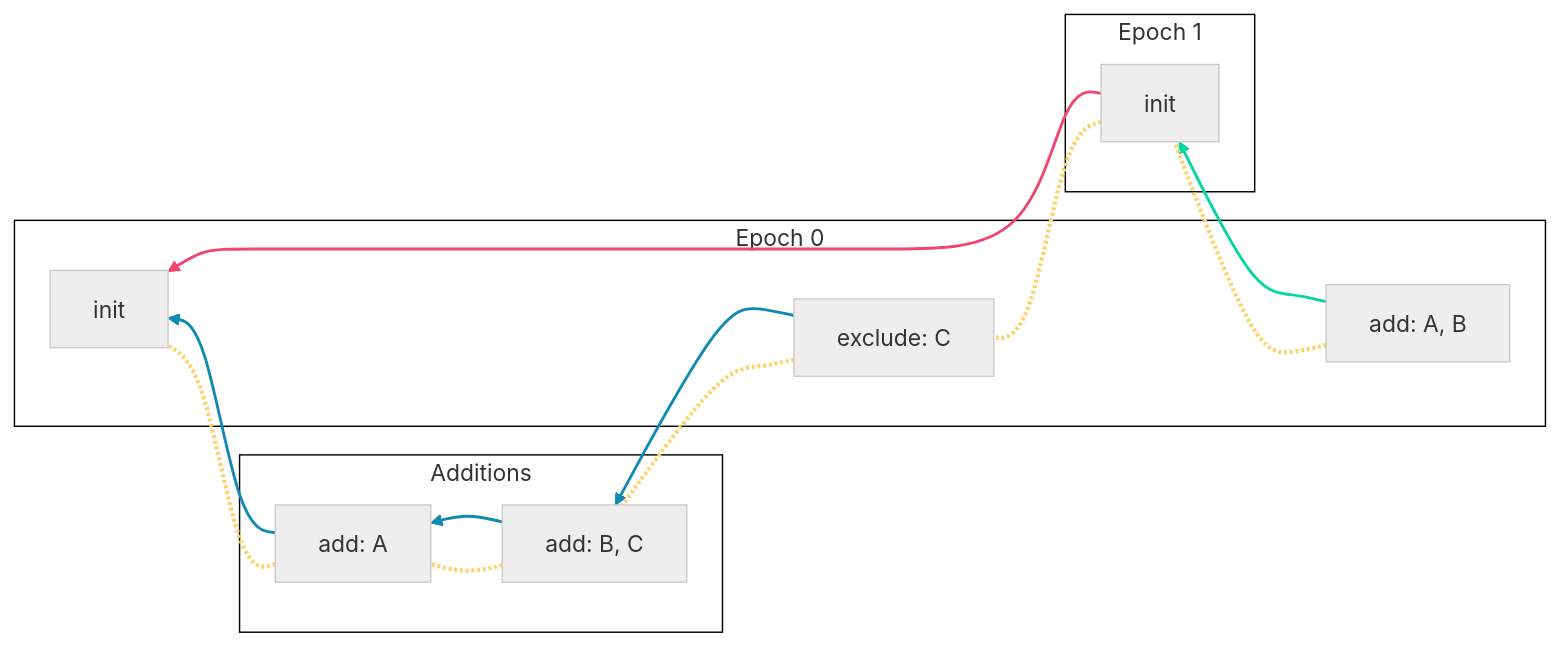
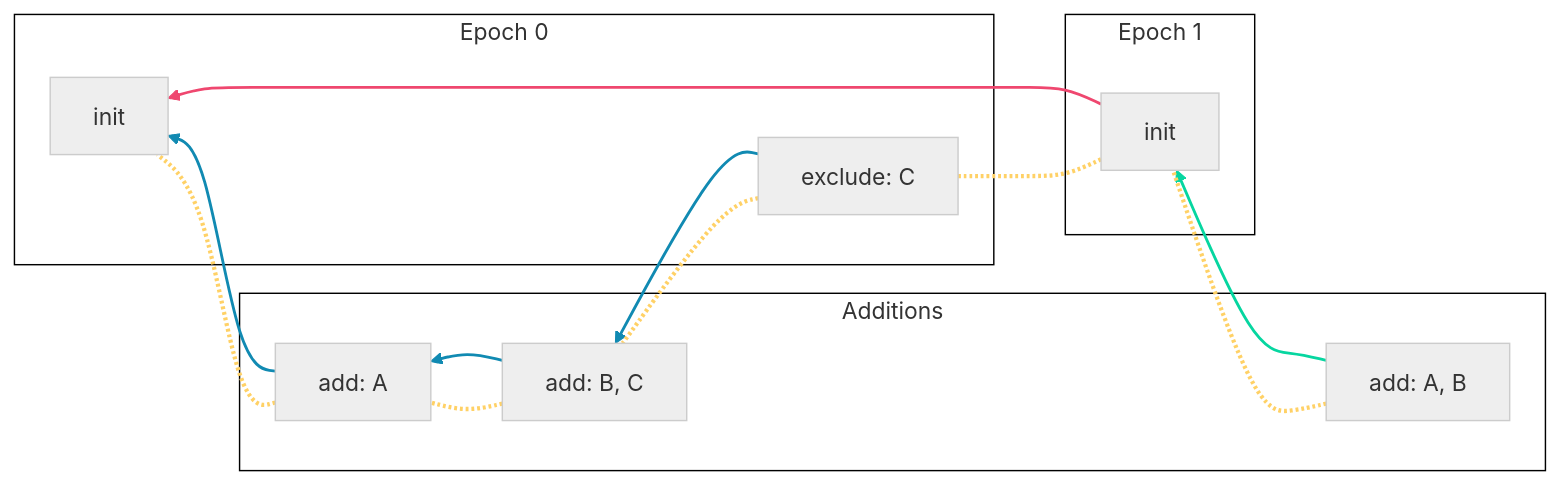
One commit to ssbc/ssb-group-exclusion-spec changed diagram 12 of 13 in README.md. Above: the diagram before and after it, drawn with Mermaid. The commit also changed other lines of this file, not shown here.

````diff
--- a/README.md
+++ b/README.md
@@ -674,38 +674,38 @@
 ```mermaid
 flowchart RL
 
 subgraph Additions
   0_add_0[add: A]
   0_add_1[add: B, C]
+  1_add_0[add: A, B]
 end
 
 subgraph epoch_0[Epoch 0]
   0_init[init]
 
-  1_add_0[add: A, B]
   0_remove_2[exclude: C]
 end
 
 subgraph epoch_1[Epoch 1]
   1_init[init]
 end
 
 %% epoch tangle
 1_init --> 0_init
 linkStyle 0 stroke:#EF476F,stroke-width:2;
 
 %% members tangle - epoch 0
 0_remove_2 --> 0_add_1 --> 0_add_0 --> 0_init
 linkStyle 1,2,3 stroke:#118AB2,stroke-width:2;
 
 %% members tangle - epoch 1
 1_add_0 --> 1_init
 linkStyle 4 stroke:#06D6A0,stroke-width:2;
 
 %% group tangle
 1_add_0 -.- 1_init -.- 0_remove_2 -.- 0_add_1 -.- 0_add_0 -.- 0_init
 linkStyle 5,6,7,8,9 stroke:#FFD166,stroke-width:3;
 
 classDef default stroke:#ccc,fill:#eee,color:#333;
 classDef cluster fill:#fff,stroke:#000,color:#333;
 ```
````
